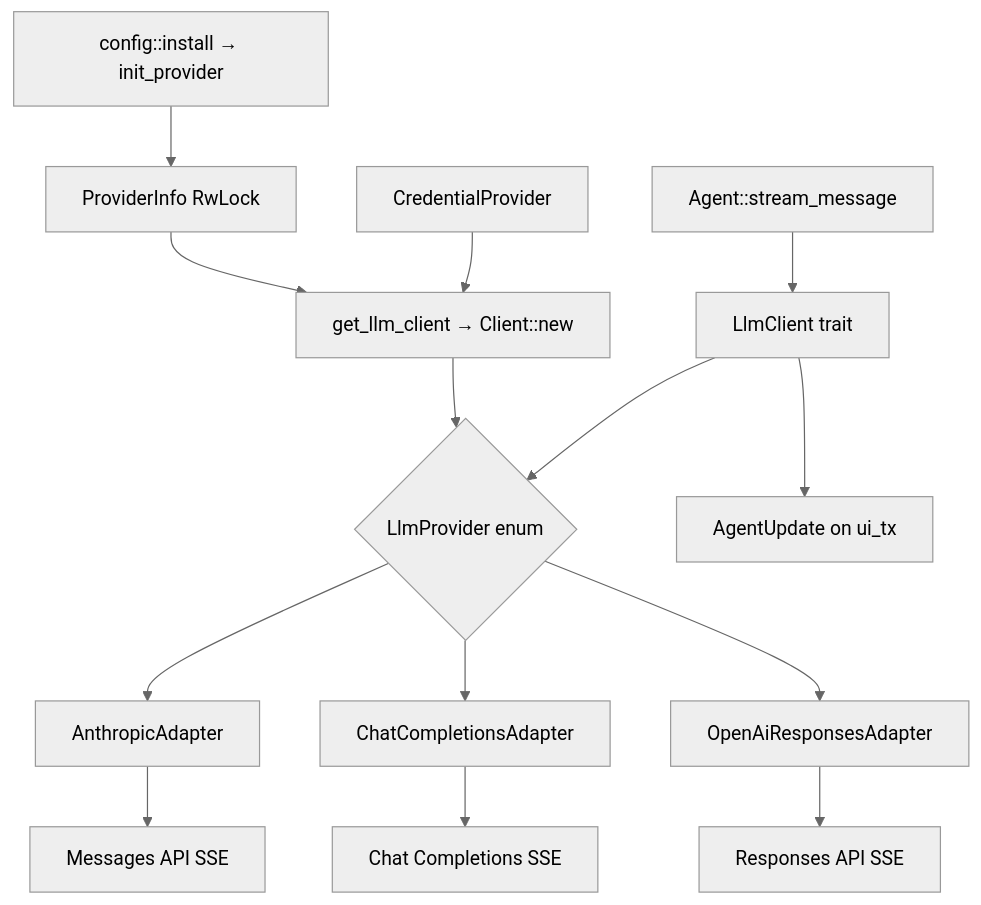
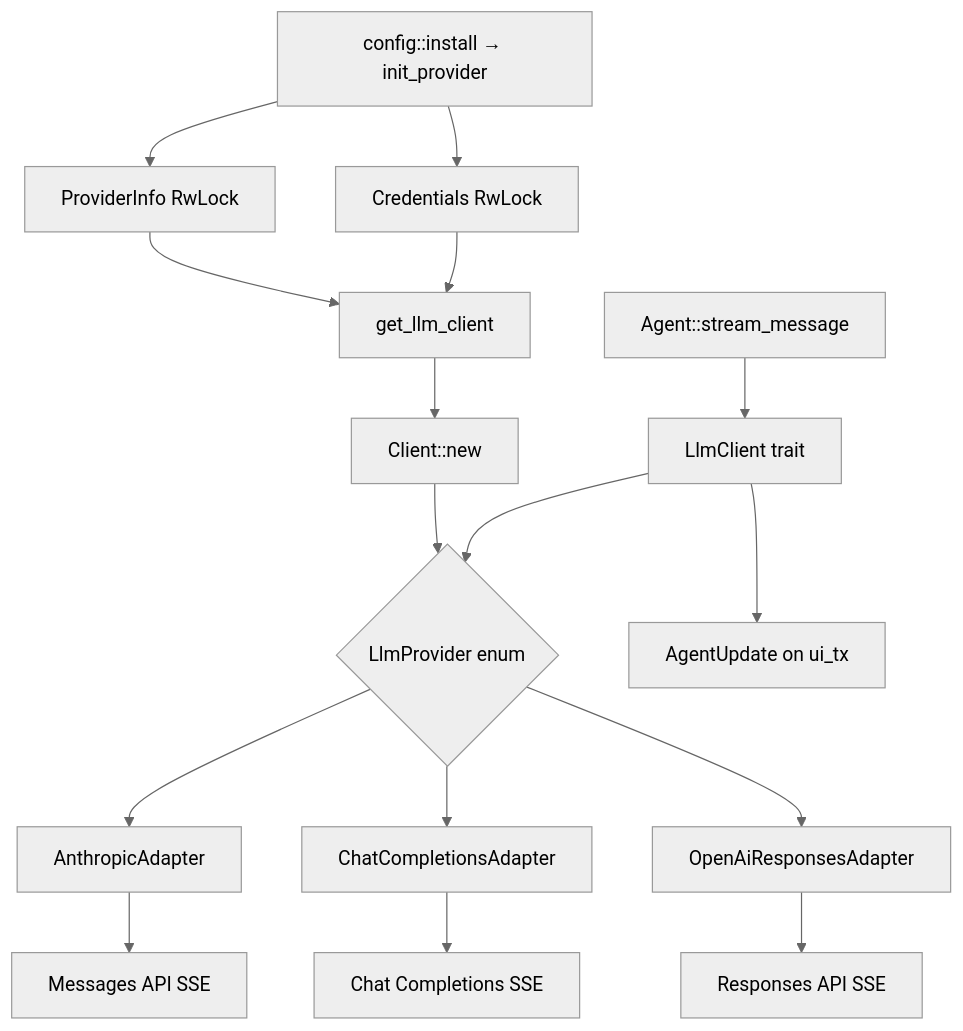
One commit to rust-infra/tact changed the first of 5 diagrams in book/22_chapter_llm_zh.md. Above: the diagram before and after it, drawn with Mermaid (neutral theme). The commit also changed other lines of this file and 12 other files, not shown here.

Commit message:
refactor(llm): route credentials through global provider and reuse http client

````diff
--- a/book/22_chapter_llm_zh.md
+++ b/book/22_chapter_llm_zh.md
@@ -15,16 +15,18 @@
 ```mermaid
 flowchart TB
     Config[config::install → init_provider] --> PI[ProviderInfo RwLock]
-    PI --> Build[get_llm_client → Client::new]
-    Auth[CredentialProvider] --> Build
+    Config --> Cred[Credentials RwLock]
+    PI --> Get[get_llm_client]
+    Cred --> Get
+    Get --> Build[Client::new]
     Build --> LP{LlmProvider enum}
     LP --> Anthropic[AnthropicAdapter]
     LP --> ChatCompletions[ChatCompletionsAdapter]
     LP --> Responses[OpenAiResponsesAdapter]
     Anthropic --> API1[Messages API SSE]
     ChatCompletions --> API2[Chat Completions SSE]
     Responses --> API3[Responses API SSE]
     Agent[Agent::stream_message] --> LlmClient[LlmClient trait]
     LlmClient --> LP
     LlmClient --> TUI[AgentUpdate on ui_tx]
 ```
````
